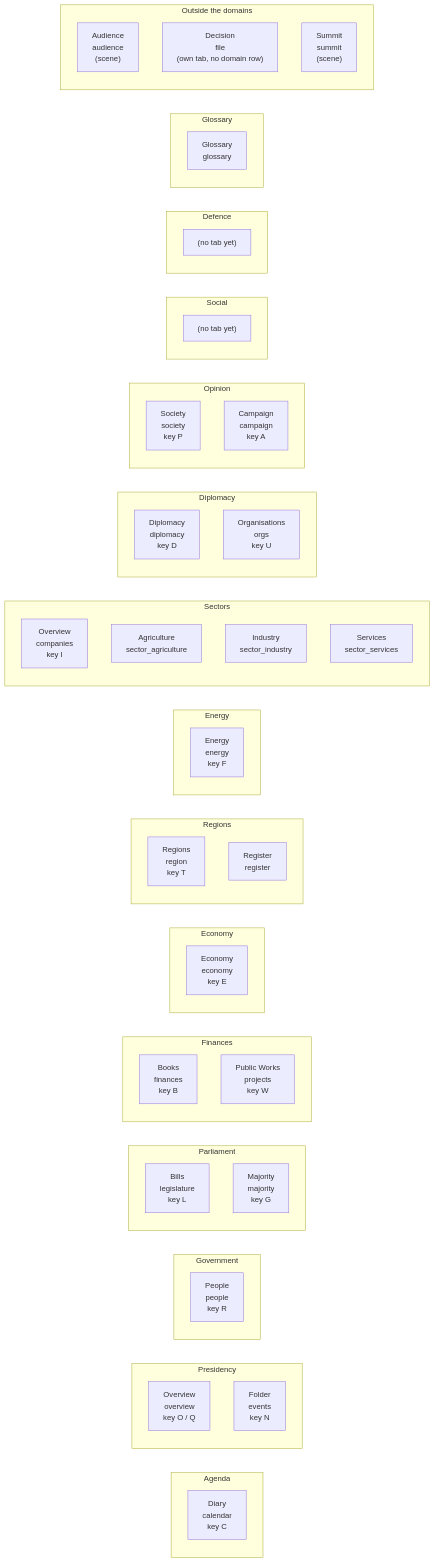
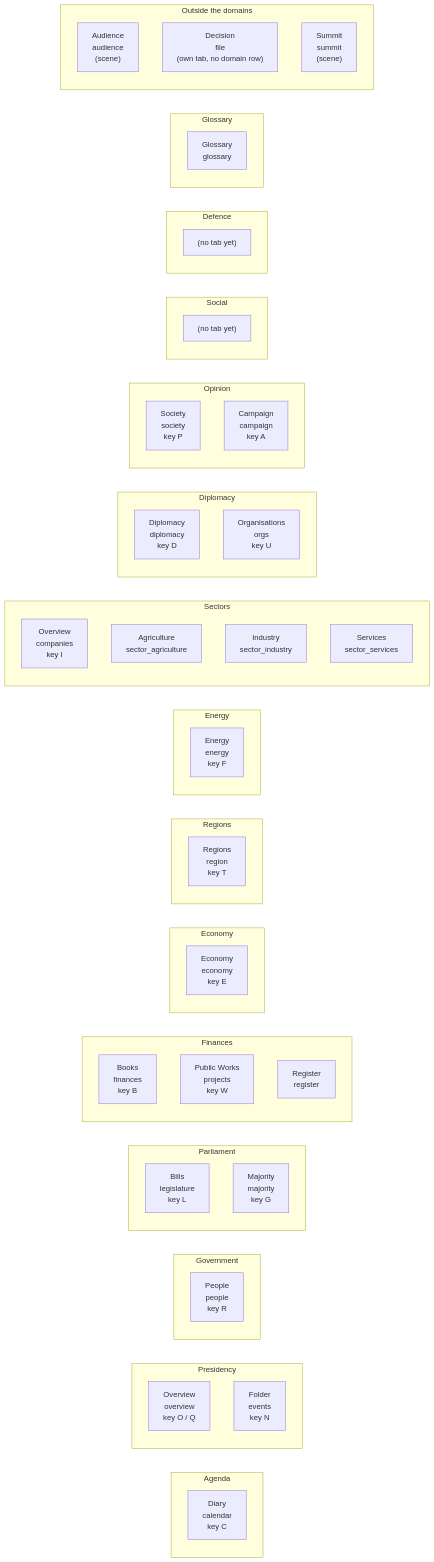
The diagram in docs/ui-map.md (powerbassist/World-simulator), drawn with Mermaid before and after one commit. The commit also changed other lines of this file and 6 other files, not shown here.

````diff
--- a/docs/ui-map.md
+++ b/docs/ui-map.md
@@ -17,74 +17,74 @@
 ```mermaid
 flowchart LR
   subgraph d_agenda["Agenda"]
     direction TB
     w_calendar["Diary<br/>calendar<br/>key C"]
   end
   subgraph d_presidency["Presidency"]
     direction TB
     w_overview["Overview<br/>overview<br/>key O / Q"]
     w_events["Folder<br/>events<br/>key N"]
   end
   subgraph d_government["Government"]
     direction TB
     w_people["People<br/>people<br/>key R"]
   end
   subgraph d_parliament["Parliament"]
     direction TB
     w_legislature["Bills<br/>legislature<br/>key L"]
     w_majority["Majority<br/>majority<br/>key G"]
   end
   subgraph d_finances["Finances"]
     direction TB
     w_finances["Books<br/>finances<br/>key B"]
     w_projects["Public Works<br/>projects<br/>key W"]
+    w_register["Register<br/>register"]
   end
   subgraph d_economy["Economy"]
     direction TB
     w_economy["Economy<br/>economy<br/>key E"]
   end
   subgraph d_territory["Regions"]
     direction TB
     w_region["Regions<br/>region<br/>key T"]
-    w_register["Register<br/>register"]
   end
   subgraph d_energy["Energy"]
     direction TB
     w_energy["Energy<br/>energy<br/>key F"]
   end
   subgraph d_sectors["Sectors"]
     direction TB
     w_companies["Overview<br/>companies<br/>key I"]
     w_sector_agriculture["Agriculture<br/>sector_agriculture"]
     w_sector_industry["Industry<br/>sector_industry"]
     w_sector_services["Services<br/>sector_services"]
   end
   subgraph d_diplomacy["Diplomacy"]
     direction TB
     w_diplomacy["Diplomacy<br/>diplomacy<br/>key D"]
     w_orgs["Organisations<br/>orgs<br/>key U"]
   end
   subgraph d_opinion["Opinion"]
     direction TB
     w_society["Society<br/>society<br/>key P"]
     w_campaign["Campaign<br/>campaign<br/>key A"]
   end
   subgraph d_social["Social"]
     direction TB
     social_none["(no tab yet)"]
   end
   subgraph d_defence["Defence"]
     direction TB
     defence_none["(no tab yet)"]
   end
   subgraph d_glossary["Glossary"]
     direction TB
     w_glossary["Glossary<br/>glossary"]
   end
   subgraph outside["Outside the domains"]
     direction TB
     w_audience["Audience<br/>audience<br/>(scene)"]
     w_file["Decision<br/>file<br/>(own tab, no domain row)"]
     w_summit["Summit<br/>summit<br/>(scene)"]
   end
 ```
````
